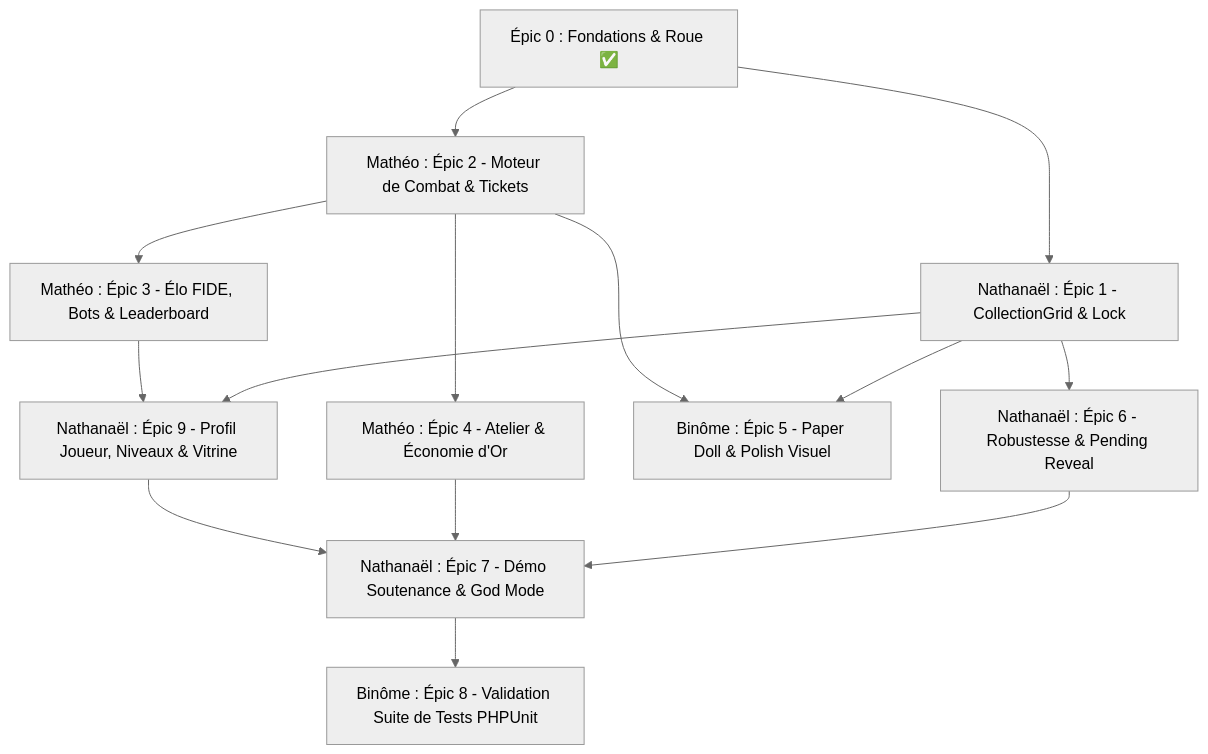
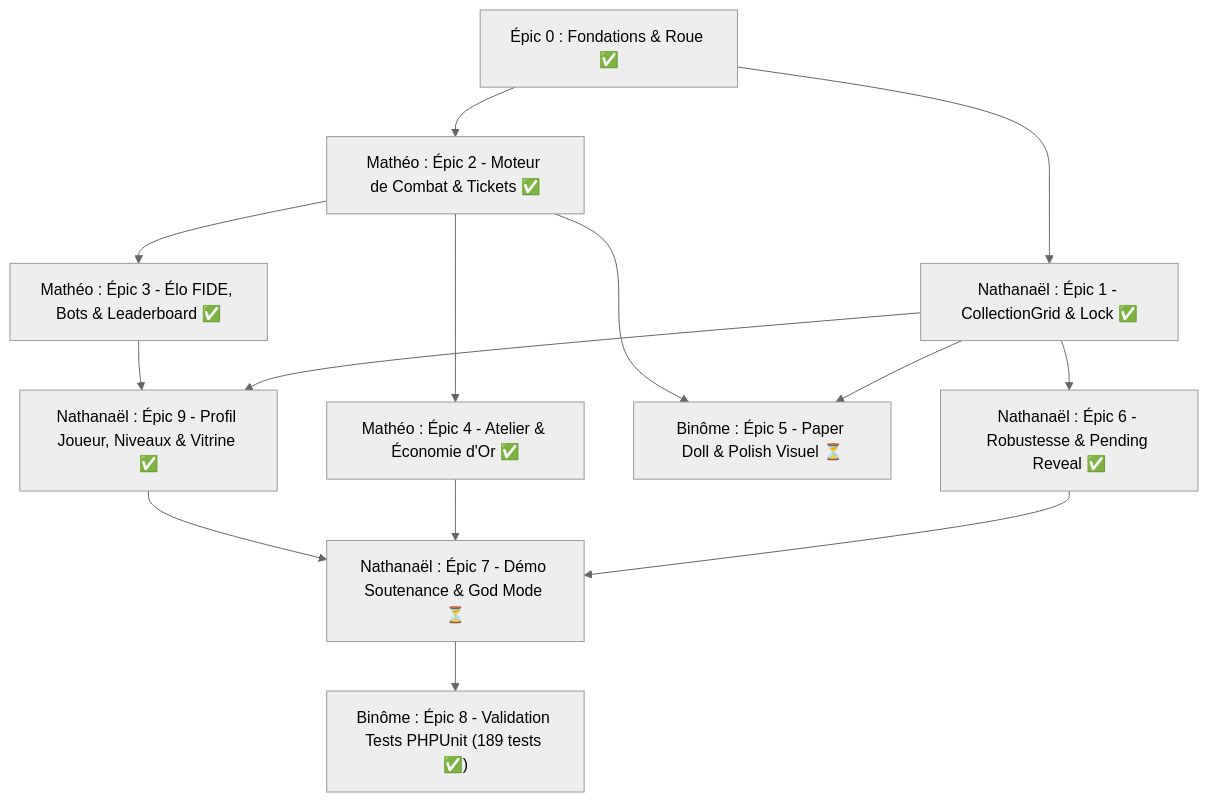
One commit to NathOof30/wheelborn changed the diagram in tickets.md. Above: the diagram before and after it, drawn with Mermaid (neutral theme). The commit also changed other lines of this file, not shown here.

Commit message:
maj tickets

````diff
--- a/tickets.md
+++ b/tickets.md
@@ -714,12 +732,12 @@
 ```mermaid
 graph TD
-    A[Épic 0 : Fondations & Roue ✅] --> B[Nathanaël : Épic 1 - CollectionGrid & Lock]
-    A --> C[Mathéo : Épic 2 - Moteur de Combat & Tickets]
-    C --> D[Mathéo : Épic 3 - Élo FIDE, Bots & Leaderboard]
-    B --> E[Nathanaël : Épic 6 - Robustesse & Pending Reveal]
-    C --> F[Mathéo : Épic 4 - Atelier & Économie d'Or]
-    B & C --> G[Binôme : Épic 5 - Paper Doll & Polish Visuel]
-    B & D --> J[Nathanaël : Épic 9 - Profil Joueur, Niveaux & Vitrine]
-    E & F & J --> H[Nathanaël : Épic 7 - Démo Soutenance & God Mode]
-    H --> I[Binôme : Épic 8 - Validation Suite de Tests PHPUnit]
+    A["Épic 0 : Fondations & Roue ✅"] --> B["Nathanaël : Épic 1 - CollectionGrid & Lock ✅"]
+    A --> C["Mathéo : Épic 2 - Moteur de Combat & Tickets ✅"]
+    C --> D["Mathéo : Épic 3 - Élo FIDE, Bots & Leaderboard ✅"]
+    B --> E["Nathanaël : Épic 6 - Robustesse & Pending Reveal ✅"]
+    C --> F["Mathéo : Épic 4 - Atelier & Économie d'Or ✅"]
+    B & C --> G["Binôme : Épic 5 - Paper Doll & Polish Visuel ⏳"]
+    B & D --> J["Nathanaël : Épic 9 - Profil Joueur, Niveaux & Vitrine ✅"]
+    E & F & J --> H["Nathanaël : Épic 7 - Démo Soutenance & God Mode ⏳"]
+    H --> I["Binôme : Épic 8 - Validation Tests PHPUnit (189 tests ✅)"]
 ```
````
